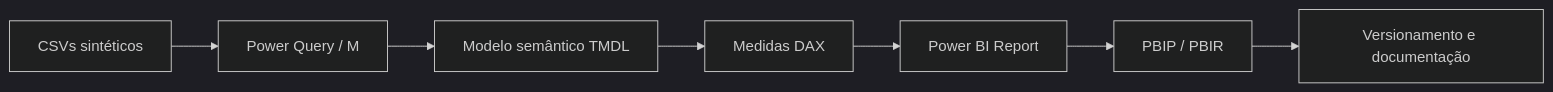
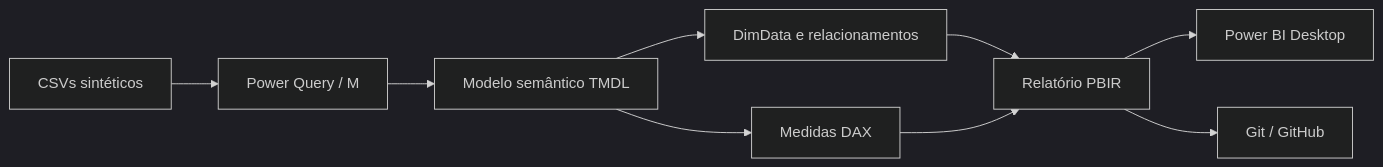
One commit to marcosramos26/Corporate-Travel-Intelligence changed the diagram in README.md. Above: the diagram before and after it, drawn with Mermaid (dark theme). The commit also changed other lines of this file and 57 other files, not shown here.

````diff
--- a/README.md
+++ b/README.md
@@ -52,9 +108,11 @@
 ```mermaid
 flowchart LR
     A[CSVs sintéticos] --> B[Power Query / M]
     B --> C[Modelo semântico TMDL]
-    C --> D[Medidas DAX]
-    D --> E[Power BI Report]
-    E --> F[PBIP / PBIR]
-    F --> G[Versionamento e documentação]
+    C --> D[DimData e relacionamentos]
+    C --> E[Medidas DAX]
+    D --> F[Relatório PBIR]
+    E --> F
+    F --> G[Power BI Desktop]
+    F --> H[Git / GitHub]
 ```
````
